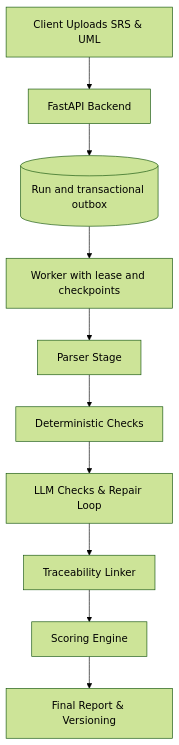
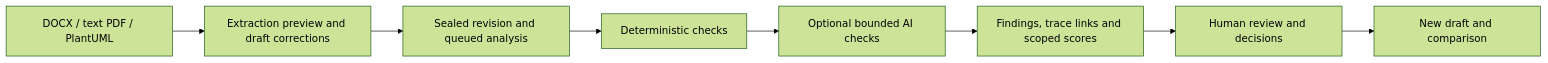
Before and after one commit to marbo786/SE_Project: the diagram in README.md, drawn with Mermaid (forest theme). The commit also changed other lines of this file and 66 other files, not shown here.

````diff
--- a/README.md
+++ b/README.md
@@ -9,12 +42,10 @@
 ```mermaid
-flowchart TD
-    A[Client Uploads SRS & UML] --> B[FastAPI Backend]
-    B --> Q[(Run and transactional outbox)]
-    Q --> W[Worker with lease and checkpoints]
-    W --> C[Parser Stage]
-    C --> D[Deterministic Checks]
-    D --> E[LLM Checks & Repair Loop]
-    E --> F[Traceability Linker]
-    F --> G[Scoring Engine]
-    G --> H[Final Report & Versioning]
+flowchart LR
+    Sources[DOCX / text PDF / PlantUML] --> Draft[Extraction preview and draft corrections]
+    Draft --> Run[Sealed revision and queued analysis]
+    Run --> Checks[Deterministic checks]
+    Checks --> AI[Optional bounded AI checks]
+    AI --> Report[Findings, trace links and scoped scores]
+    Report --> Review[Human review and decisions]
+    Review --> Next[New draft and comparison]
 ```
````
